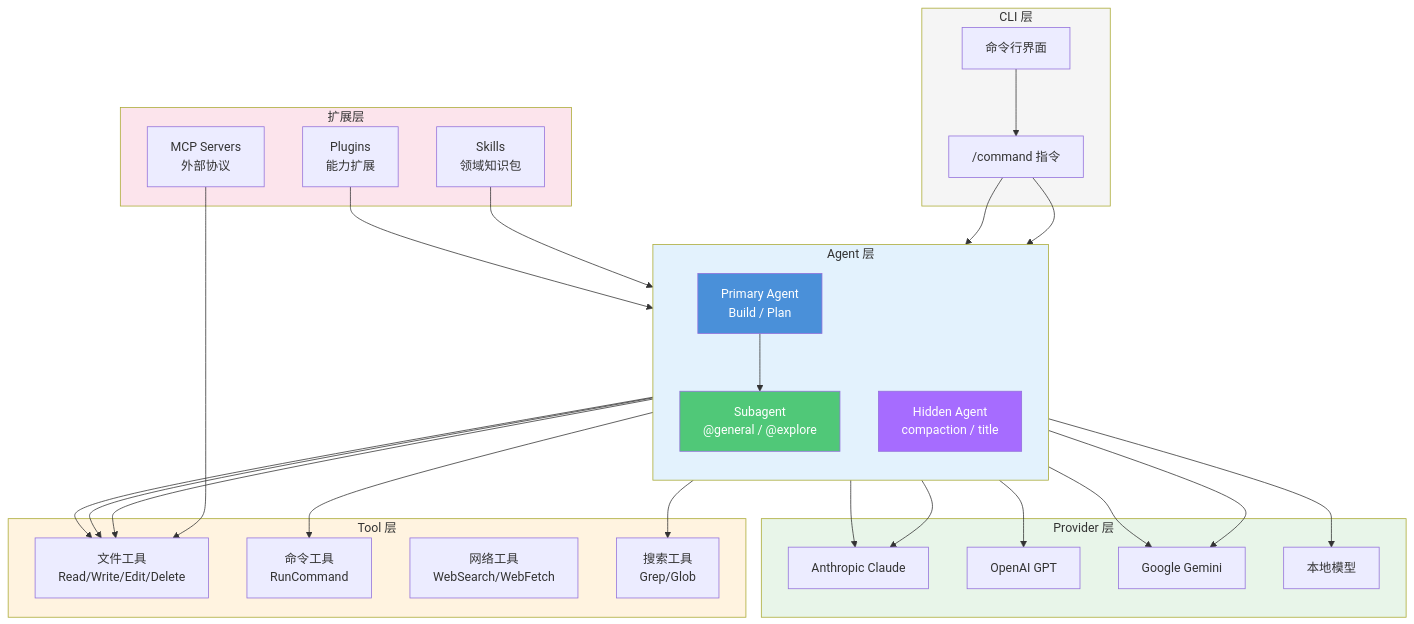
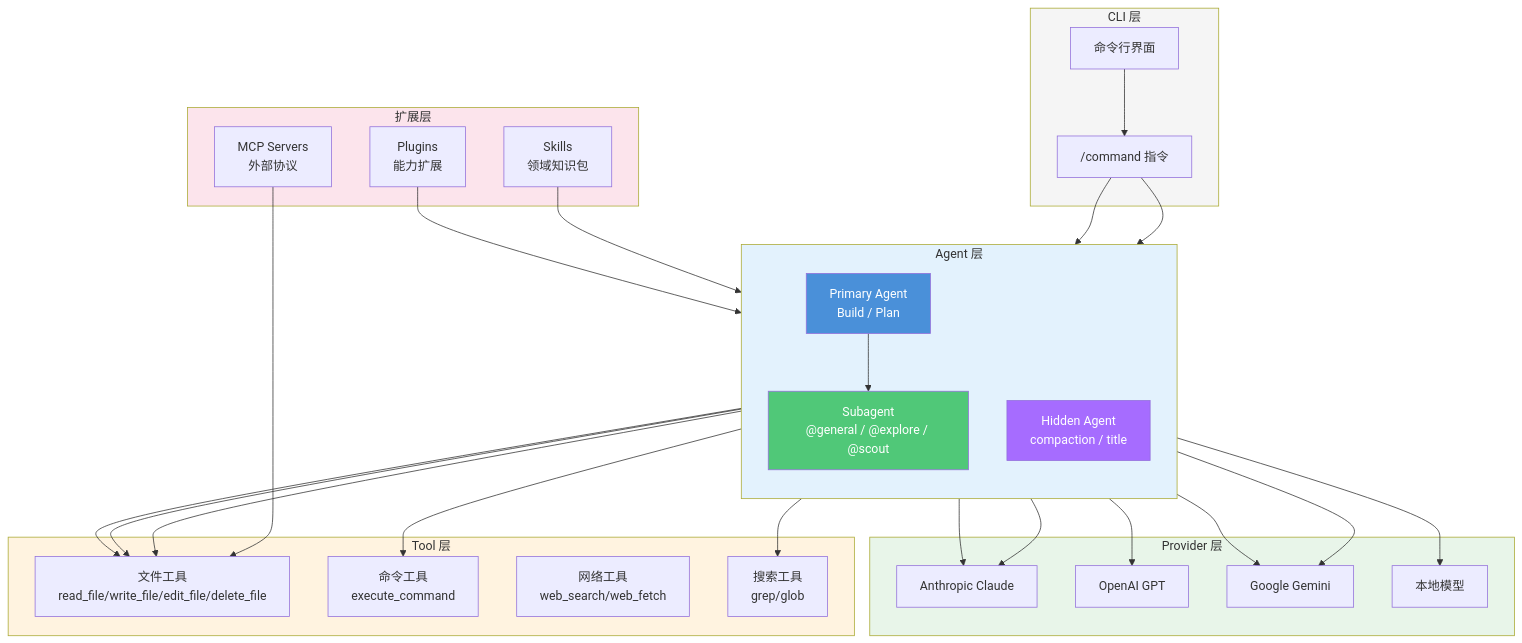
The first of 11 diagrams in src/02-core-concepts/agent-orchestration.md (tonydeng/harness-engineering-from-oc-to-ai-coding), drawn with Mermaid before and after one commit. The commit also changed other lines of this file and 81 other files, not shown here.

````diff
--- a/src/02-core-concepts/agent-orchestration.md
+++ b/src/02-core-concepts/agent-orchestration.md
@@ -55,64 +67,64 @@
 ```mermaid
 flowchart TB
     subgraph CLI层["CLI 层"]
         CLI[命令行界面]
         CMD["/command 指令"]
     end
     
     subgraph Agent层["Agent 层"]
         direction TB
         Primary["Primary Agent<br/>Build / Plan"]
-        Sub["Subagent<br/>@general / @explore"]
+        Sub["Subagent<br/>@general / @explore / @scout"]
         Hidden["Hidden Agent<br/>compaction / title"]
     end
     
     subgraph Tool层["Tool 层"]
-        FileTools[文件工具<br/>Read/Write/Edit/Delete]
-        BashTools[命令工具<br/>RunCommand]
-        NetTools[网络工具<br/>WebSearch/WebFetch]
-        SearchTools[搜索工具<br/>Grep/Glob]
+        FileTools[文件工具<br/>read_file/write_file/edit_file/delete_file]
+        BashTools[命令工具<br/>execute_command]
+        NetTools[网络工具<br/>web_search/web_fetch]
+        SearchTools[搜索工具<br/>grep/glob]
     end
     
     subgraph Provider层["Provider 层"]
         Claude[Anthropic Claude]
         OpenAI[OpenAI GPT]
         Gemini[Google Gemini]
         Local[本地模型]
     end
     
     subgraph 扩展层["扩展层"]
         Skills[Skills<br/>领域知识包]
         Plugins[Plugins<br/>能力扩展]
         MCP[MCP Servers<br/>外部协议]
     end
     
     CLI --> CMD
     CMD --> Primary
     CMD --> Sub
     Primary --> Sub
     Primary --> FileTools
     Primary --> BashTools
     Sub --> FileTools
     Sub --> SearchTools
     Hidden --> FileTools
     
     Primary --> Claude
     Primary --> OpenAI
     Primary --> Gemini
     Sub --> Claude
     Sub --> Gemini
     Sub --> Local
     
     Skills --> Primary
     Plugins --> Primary
     MCP --> FileTools
     
     style CLI层 fill:#f5f5f5
     style Agent层 fill:#e3f2fd
     style Tool层 fill:#fff3e0
     style Provider层 fill:#e8f5e9
     style 扩展层 fill:#fce4ec
     style Primary fill:#4A90D9,color:#fff
     style Sub fill:#50C878,color:#fff
     style Hidden fill:#A66CFF,color:#fff
 ```
````
